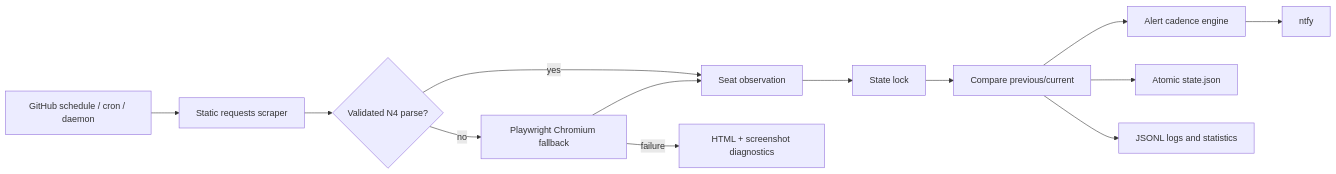
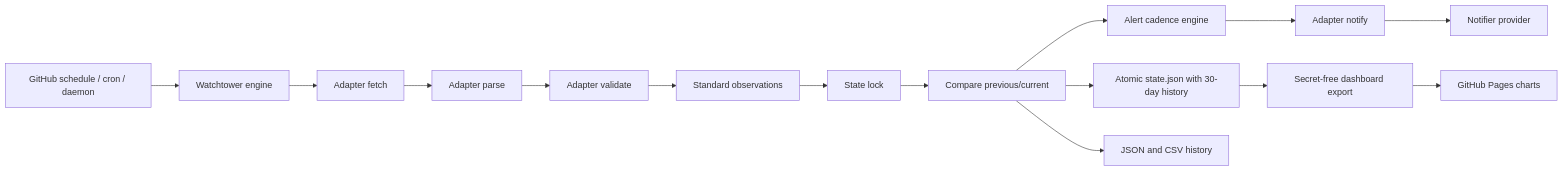
The diagram in docs/architecture.md (Jxck007/JLPT-Seat-Watcher), drawn with Mermaid before and after one commit. The commit also changed other lines of this file and 85 other files, not shown here.

````diff
--- a/docs/architecture.md
+++ b/docs/architecture.md
@@ -5,15 +5,17 @@
 ```mermaid
 flowchart LR
-    T[GitHub schedule / cron / daemon] --> S[Static requests scraper]
-    S --> P{Validated N4 parse?}
-    P -- yes --> O[Seat observation]
-    P -- no --> B[Playwright Chromium fallback]
-    B --> O
-    B -- failure --> D[HTML + screenshot diagnostics]
+    T[GitHub schedule / cron / daemon] --> E[Watchtower engine]
+    E --> F[Adapter fetch]
+    F --> P[Adapter parse]
+    P --> V[Adapter validate]
+    V --> O[Standard observations]
     O --> L[State lock]
     L --> C[Compare previous/current]
     C --> A[Alert cadence engine]
-    A --> N[ntfy]
-    C --> J[Atomic state.json]
-    C --> M[JSONL logs and statistics]
+    A --> AN[Adapter notify]
+    AN --> N[Notifier provider]
+    C --> J[Atomic state.json with 30-day history]
+    C --> H[JSON and CSV history]
+    J --> X[Secret-free dashboard export]
+    X --> G[GitHub Pages charts]
 ```
````
